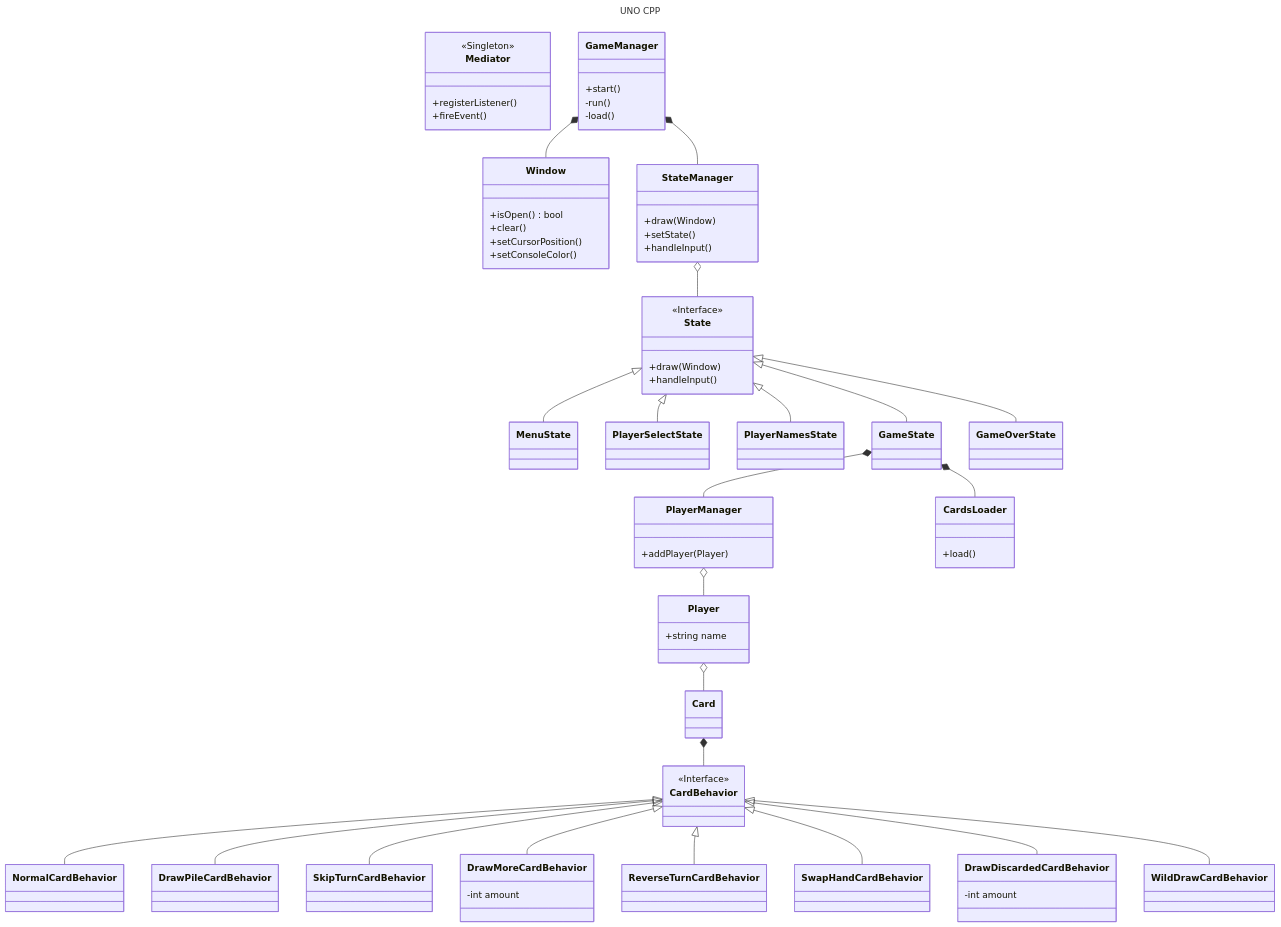
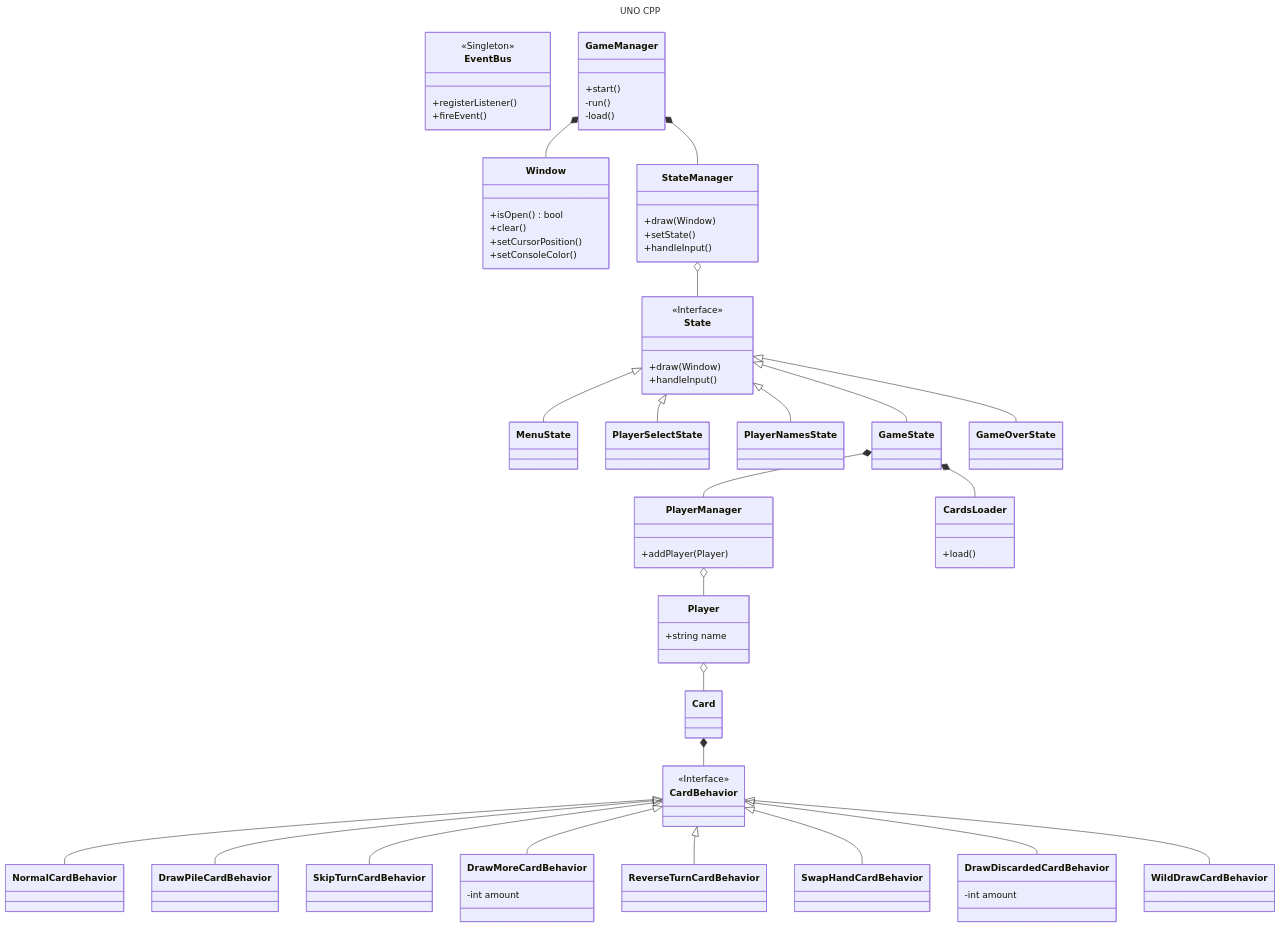
The diagram in README.md (rafael-f/simpleunocpp), drawn with Mermaid before and after one commit.

```diff
--- a/README.md
+++ b/README.md
@@ -7,7 +7,7 @@
 ---
 classDiagram
 
-	class Mediator {
+	class EventBus {
 		<<Singleton>>
 		+registerListener()
 		+fireEvent()
```
